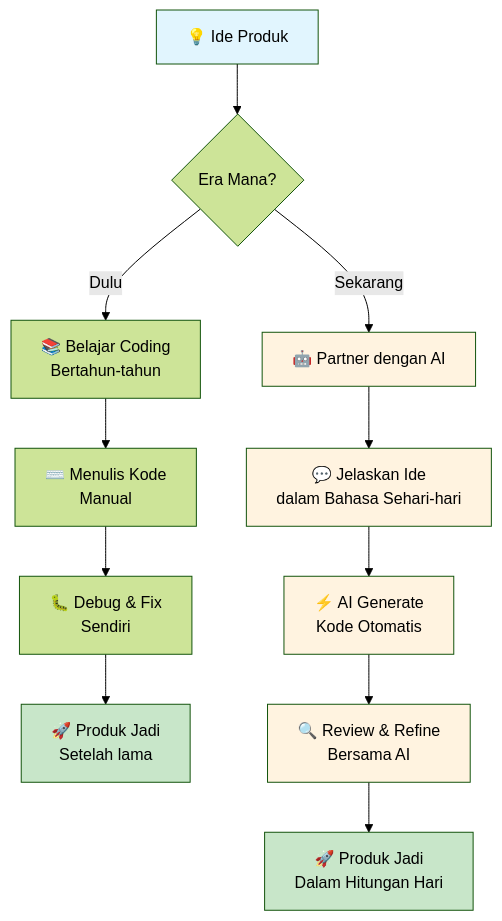
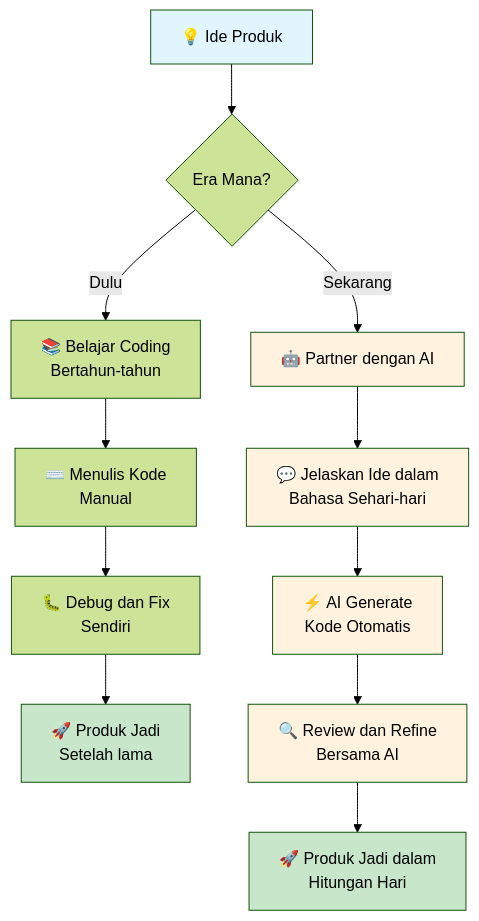
Before and after one commit to antonprafanto/vibecoding: the first of 6 diagrams in modul1pemula.md, drawn with Mermaid (forest theme). The commit also changed other lines of this file, not shown here.

````diff
--- a/modul1pemula.md
+++ b/modul1pemula.md
@@ -28,23 +28,23 @@
 ```mermaid
 graph TD
     A[💡 Ide Produk] --> B{Era Mana?}
     
     B -->|Dulu| C[📚 Belajar Coding<br/>Bertahun-tahun]
     C --> D[⌨️ Menulis Kode<br/>Manual]
-    D --> E[🐛 Debug & Fix<br/>Sendiri]
+    D --> E[🐛 Debug dan Fix<br/>Sendiri]
     E --> F[🚀 Produk Jadi<br/>Setelah lama]
     
     B -->|Sekarang| G[🤖 Partner dengan AI]
-    G --> H[💬 Jelaskan Ide<br/>dalam Bahasa Sehari-hari]
+    G --> H[💬 Jelaskan Ide dalam<br/>Bahasa Sehari-hari]
     H --> I[⚡ AI Generate<br/>Kode Otomatis]
-    I --> J[🔍 Review & Refine<br/>Bersama AI]
-    J --> K[🚀 Produk Jadi<br/>Dalam Hitungan Hari]
+    I --> J[🔍 Review dan Refine<br/>Bersama AI]
+    J --> K[🚀 Produk Jadi dalam<br/>Hitungan Hari]
     
     style A fill:#e1f5fe
     style F fill:#c8e6c9
     style K fill:#c8e6c9
     style G fill:#fff3e0
     style H fill:#fff3e0
     style I fill:#fff3e0
     style J fill:#fff3e0
 ```
````
